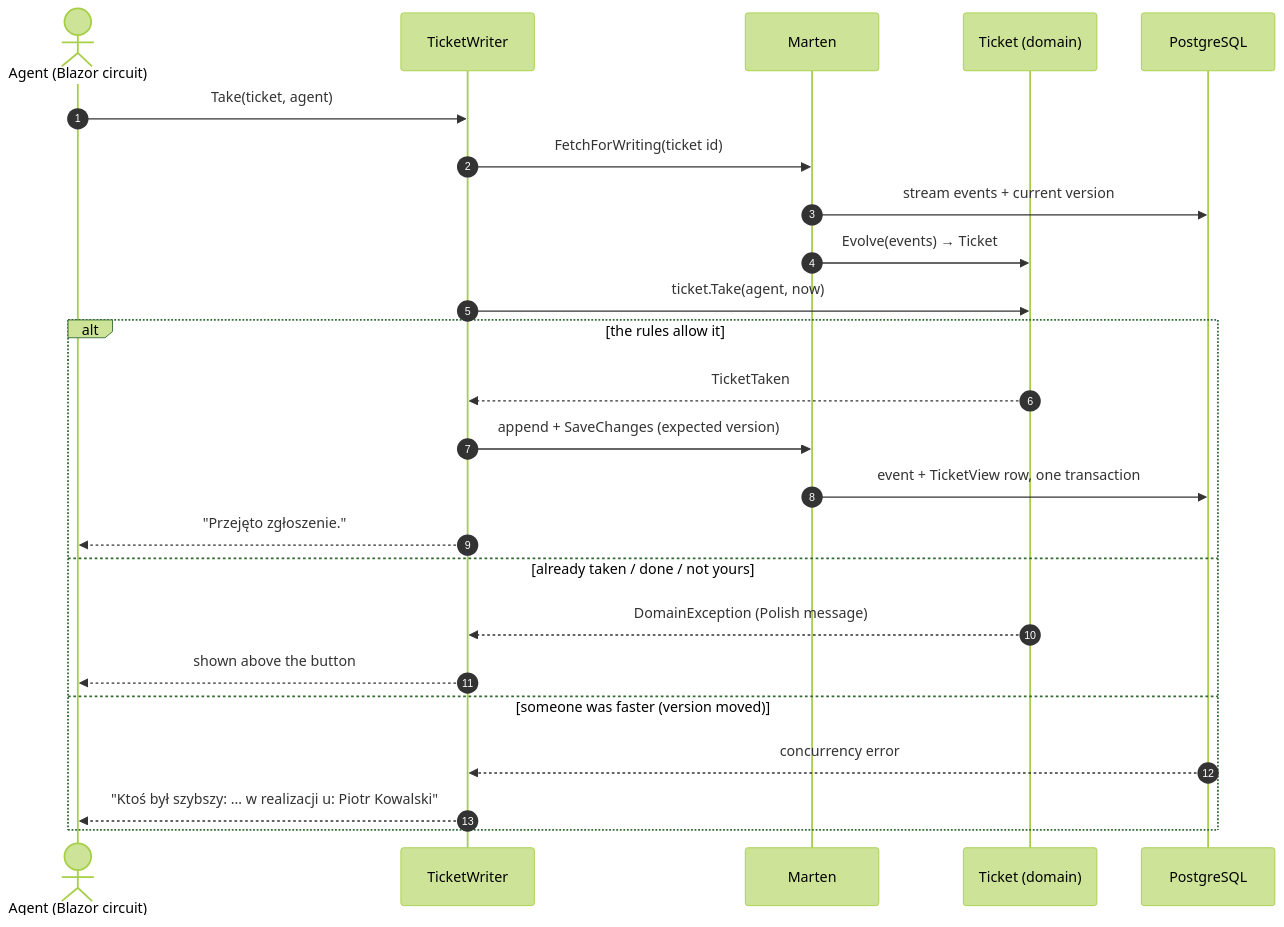
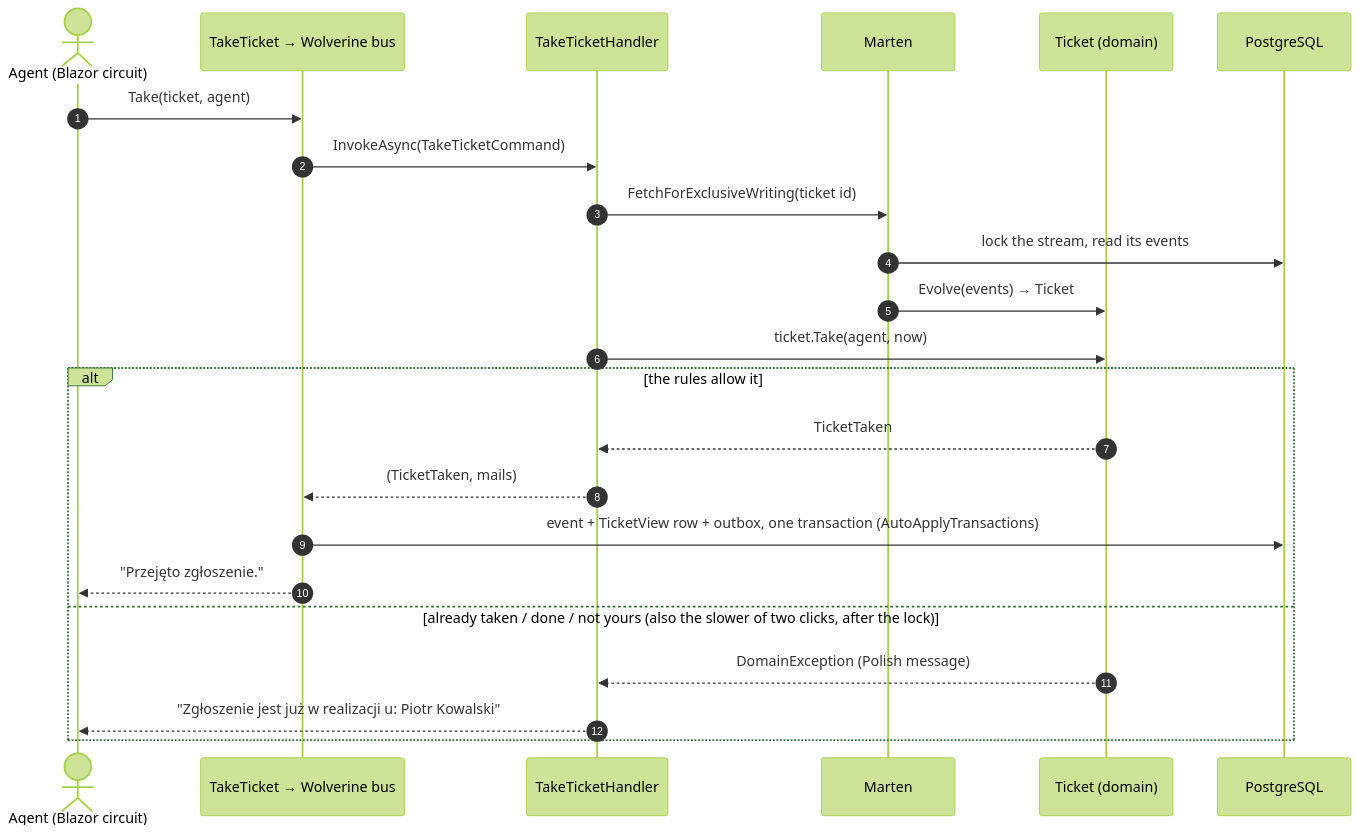
Before and after one commit to kldev/marten.task.event.store: the third of 7 diagrams in README.md, drawn with Mermaid (forest theme). The commit also changed other lines of this file and 7 other files, not shown here.

First line of the commit message:
docs: spec 013 (e-mail notifications) and ADR-0016 (Wolverine handlers and the outbox)

````diff
--- a/README.md
+++ b/README.md
@@ -161,27 +169,26 @@
 ```mermaid
 sequenceDiagram
     autonumber
     actor A as Agent (Blazor circuit)
-    participant W as TicketWriter
+    participant W as TakeTicket → Wolverine bus
+    participant H as TakeTicketHandler
     participant M as Marten
     participant T as Ticket (domain)
     participant DB as PostgreSQL
 
     A->>W: Take(ticket, agent)
-    W->>M: FetchForWriting(ticket id)
-    M->>DB: stream events + current version
+    W->>H: InvokeAsync(TakeTicketCommand)
+    H->>M: FetchForExclusiveWriting(ticket id)
+    M->>DB: lock the stream, read its events
     M->>T: Evolve(events) → Ticket
-    W->>T: ticket.Take(agent, now)
+    H->>T: ticket.Take(agent, now)
     alt the rules allow it
-        T-->>W: TicketTaken
-        W->>M: append + SaveChanges (expected version)
-        M->>DB: event + TicketView row, one transaction
+        T-->>H: TicketTaken
+        H-->>W: (TicketTaken, mails)
+        W->>DB: event + TicketView row + outbox, one transaction (AutoApplyTransactions)
         W-->>A: "Przejęto zgłoszenie."
-    else already taken / done / not yours
-        T-->>W: DomainException (Polish message)
-        W-->>A: shown above the button
-    else someone was faster (version moved)
-        DB-->>W: concurrency error
-        W-->>A: "Ktoś był szybszy: … w realizacji u: Piotr Kowalski"
+    else already taken / done / not yours (also the slower of two clicks, after the lock)
+        T-->>H: DomainException (Polish message)
+        H-->>A: "Zgłoszenie jest już w realizacji u: Piotr Kowalski"
     end
 ```
````
